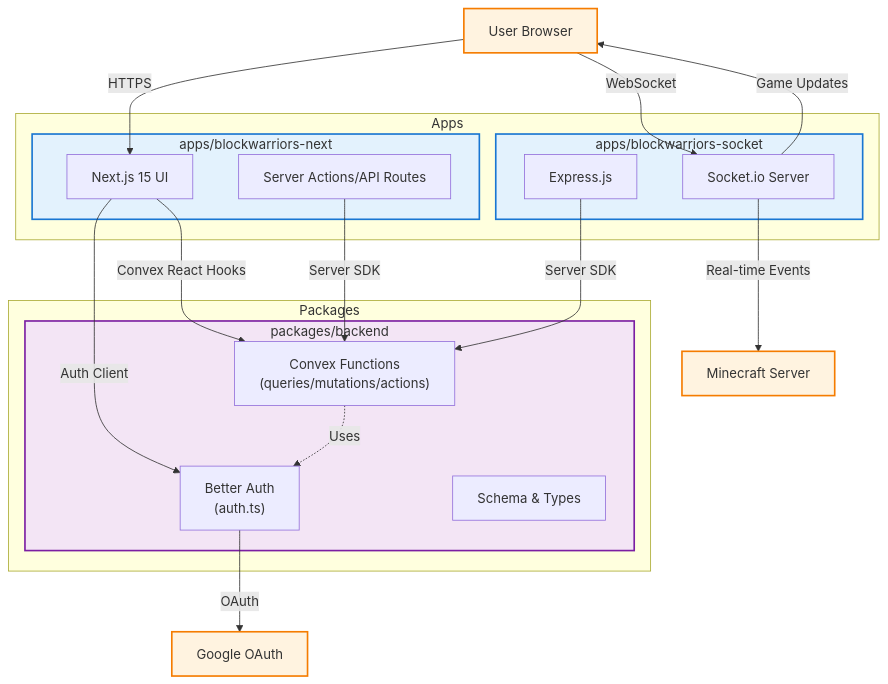
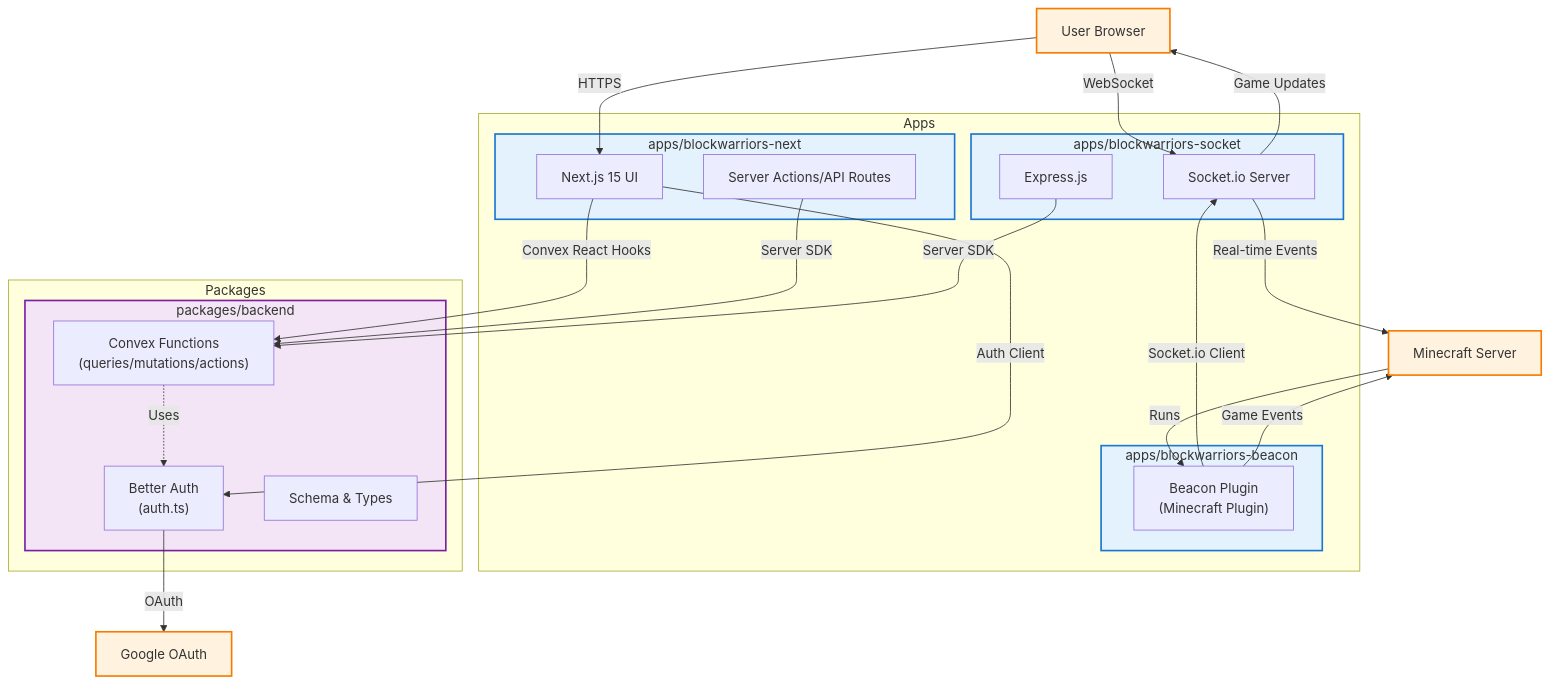
One commit to project-blockwarriors/blockwarriors-cmd changed the diagram in docs/stack.md. Above: the diagram before and after it, drawn with Mermaid. The commit also changed other lines of this file and 1 other file, not shown here.

````diff
--- a/docs/stack.md
+++ b/docs/stack.md
@@ -7,56 +7,65 @@
 ```mermaid
 graph TB
     %% External Services
     User[User Browser]
     Google[Google OAuth]
     MC[Minecraft Server]
 
     %% Apps
     subgraph Apps
         subgraph NextApp["apps/blockwarriors-next"]
             NextUI[Next.js 15 UI]
             NextAPI[Server Actions/API Routes]
         end
 
         subgraph SocketApp["apps/blockwarriors-socket"]
             Express[Express.js]
             SocketIO[Socket.io Server]
+        end
+
+        subgraph BeaconApp["apps/blockwarriors-beacon"]
+            BeaconPlugin["Beacon Plugin<br/>(Minecraft Plugin)"]
         end
     end
 
     %% Packages
     subgraph Packages
         subgraph Backend["packages/backend"]
             ConvexFns["Convex Functions<br/>(queries/mutations/actions)"]
             Auth["Better Auth<br/>(auth.ts)"]
             Schema[Schema & Types]
         end
     end
 
     %% User Interactions
     User -->|HTTPS| NextUI
     User -->|WebSocket| SocketIO
 
     %% Next.js App Connections
     NextUI -->|Convex React Hooks| ConvexFns
     NextAPI -->|Server SDK| ConvexFns
     NextUI -->|Auth Client| Auth
 
     %% Socket App Connections
     Express -->|Server SDK| ConvexFns
     SocketIO -->|Real-time Events| MC
     SocketIO -->|Game Updates| User
 
+    %% Minecraft Plugin Connections
+    MC -->|Runs| BeaconPlugin
+    BeaconPlugin -->|Socket.io Client| SocketIO
+    BeaconPlugin -->|Game Events| MC
+
     %% Auth Flow
     Auth -->|OAuth| Google
     ConvexFns -.->|Uses| Auth
 
     %% Styling
     classDef app fill:#e3f2fd,stroke:#1976d2,stroke-width:2px
     classDef pkg fill:#f3e5f5,stroke:#7b1fa2,stroke-width:2px
     classDef external fill:#fff3e0,stroke:#f57c00,stroke-width:2px
     
-    class NextApp,SocketApp app
+    class NextApp,SocketApp,BeaconApp app
     class Backend pkg
     class User,Google,MC external
 ```
````
